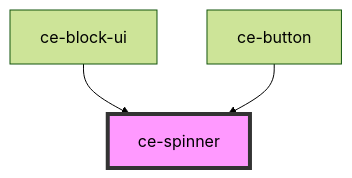
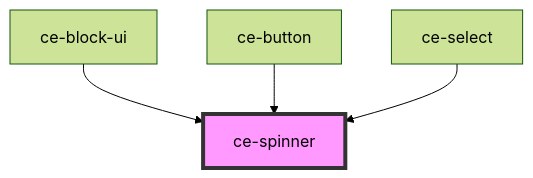
One commit to surecart/surecart-wp-plugin changed the diagram in packages/components/src/components/ui/spinner/readme.md. Above: the diagram before and after it, drawn with Mermaid (forest theme). The commit also changed other lines of this file and 65 other files, not shown here.

````diff
--- a/packages/components/src/components/ui/spinner/readme.md
+++ b/packages/components/src/components/ui/spinner/readme.md
@@ -30,6 +31,7 @@
 ```mermaid
 graph TD;
   ce-block-ui --> ce-spinner
   ce-button --> ce-spinner
+  ce-select --> ce-spinner
   style ce-spinner fill:#f9f,stroke:#333,stroke-width:4px
 ```
````
